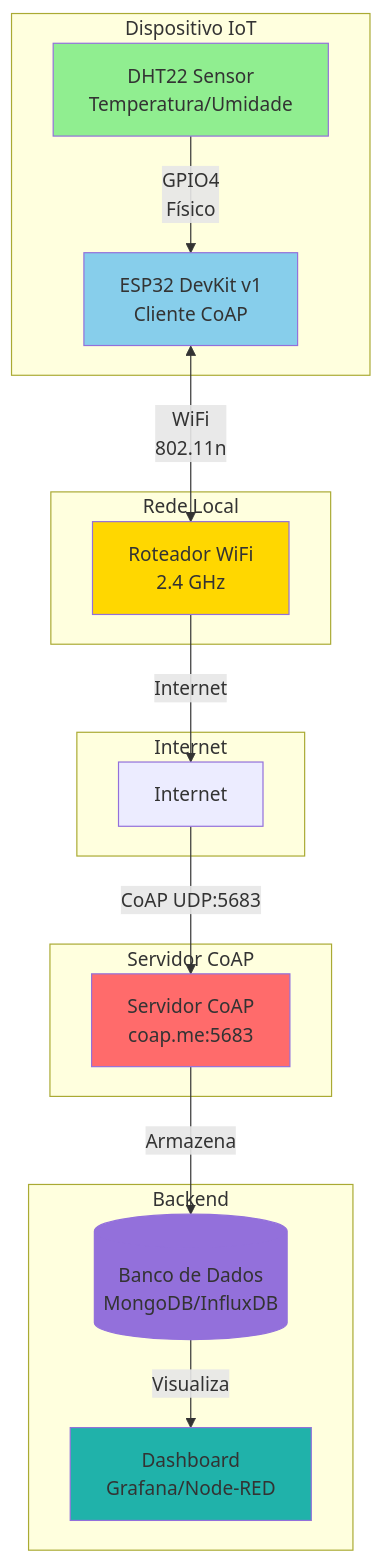
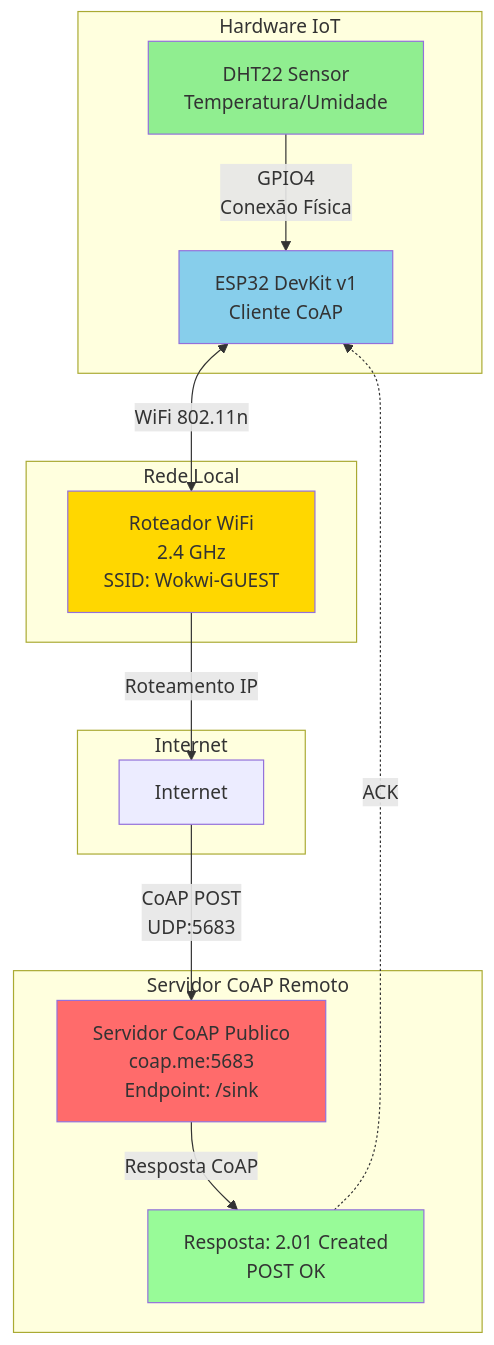
The diagram in README.md (Swaply-Conhecimento/swaply-web), drawn with Mermaid before and after one commit. The commit also changed other lines of this file, not shown here.

````diff
--- a/README.md
+++ b/README.md
@@ -19,38 +7,33 @@
 ```mermaid
 graph TB
-    subgraph "Dispositivo IoT"
+    subgraph "Hardware IoT"
         DHT22[DHT22 Sensor<br/>Temperatura/Umidade]
         ESP32[ESP32 DevKit v1<br/>Cliente CoAP]
     end
 
     subgraph "Rede Local"
-        WIFI[Roteador WiFi<br/>2.4 GHz]
+        WIFI[Roteador WiFi<br/>2.4 GHz<br/>SSID: Wokwi-GUEST]
     end
 
     subgraph "Internet"
         INTERNET[Internet]
     end
 
-    subgraph "Servidor CoAP"
-        SERVER[Servidor CoAP<br/>coap.me:5683]
+    subgraph "Servidor CoAP Remoto"
+        SERVER[Servidor CoAP Publico<br/>coap.me:5683<br/>Endpoint: /sink]
+        RESP[Resposta: 2.01 Created<br/>POST OK]
     end
 
-    subgraph "Backend"
-        DB[(Banco de Dados<br/>MongoDB/InfluxDB)]
-        DASH[Dashboard<br/>Grafana/Node-RED]
-    end
-
-    DHT22 -->|GPIO4<br/>Físico| ESP32
-    ESP32 <-->|WiFi<br/>802.11n| WIFI
-    WIFI -->|Internet| INTERNET
-    INTERNET -->|CoAP UDP:5683| SERVER
-    SERVER -->|Armazena| DB
-    DB -->|Visualiza| DASH
+    DHT22 -->|GPIO4<br/>Conexão Física| ESP32
+    ESP32 <-->|WiFi 802.11n| WIFI
+    WIFI -->|Roteamento IP| INTERNET
+    INTERNET -->|CoAP POST<br/>UDP:5683| SERVER
+    SERVER -->|Resposta CoAP| RESP
+    RESP -.->|ACK| ESP32
 
     style DHT22 fill:#90EE90
     style ESP32 fill:#87CEEB
     style WIFI fill:#FFD700
     style SERVER fill:#FF6B6B
-    style DB fill:#9370DB
-    style DASH fill:#20B2AA
+    style RESP fill:#98FB98
 ```
````
